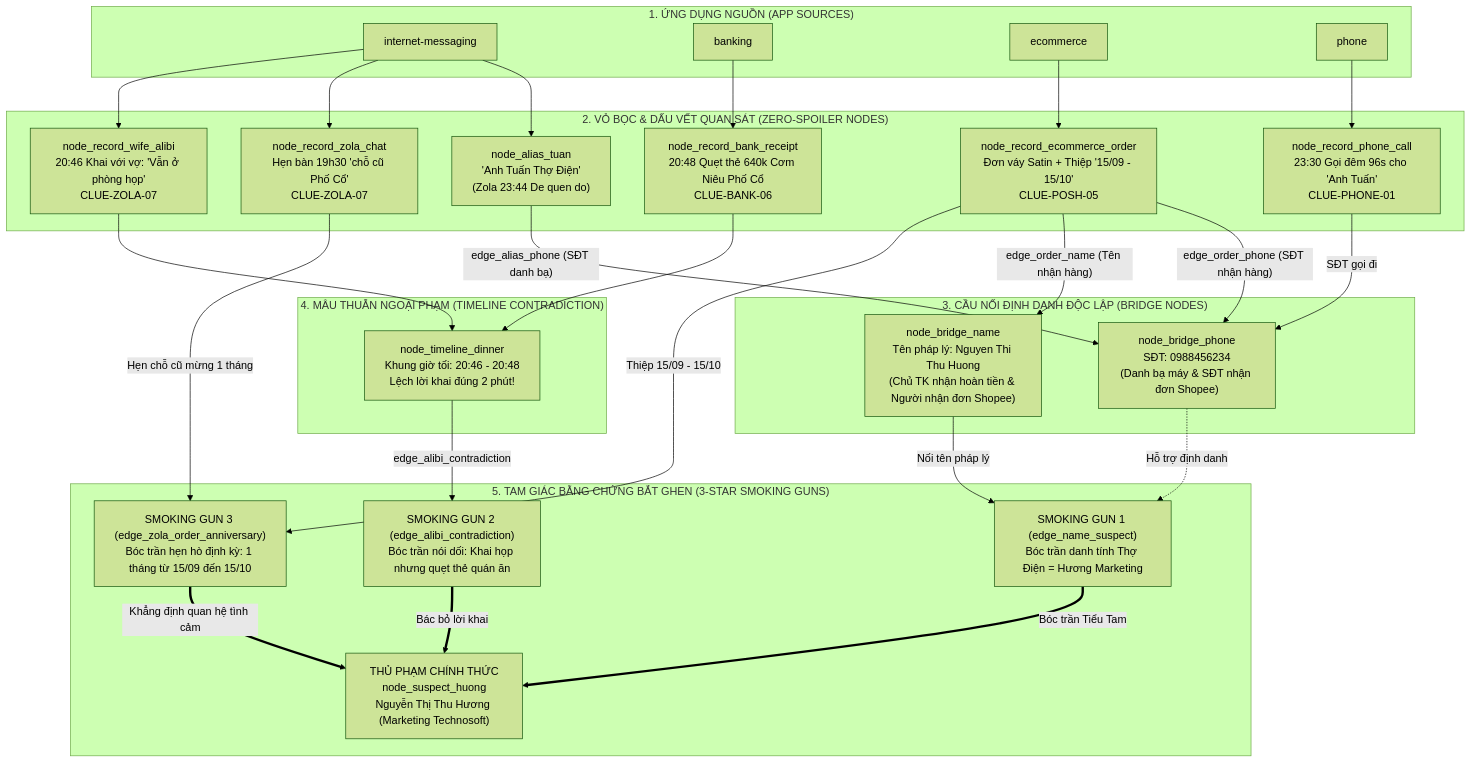
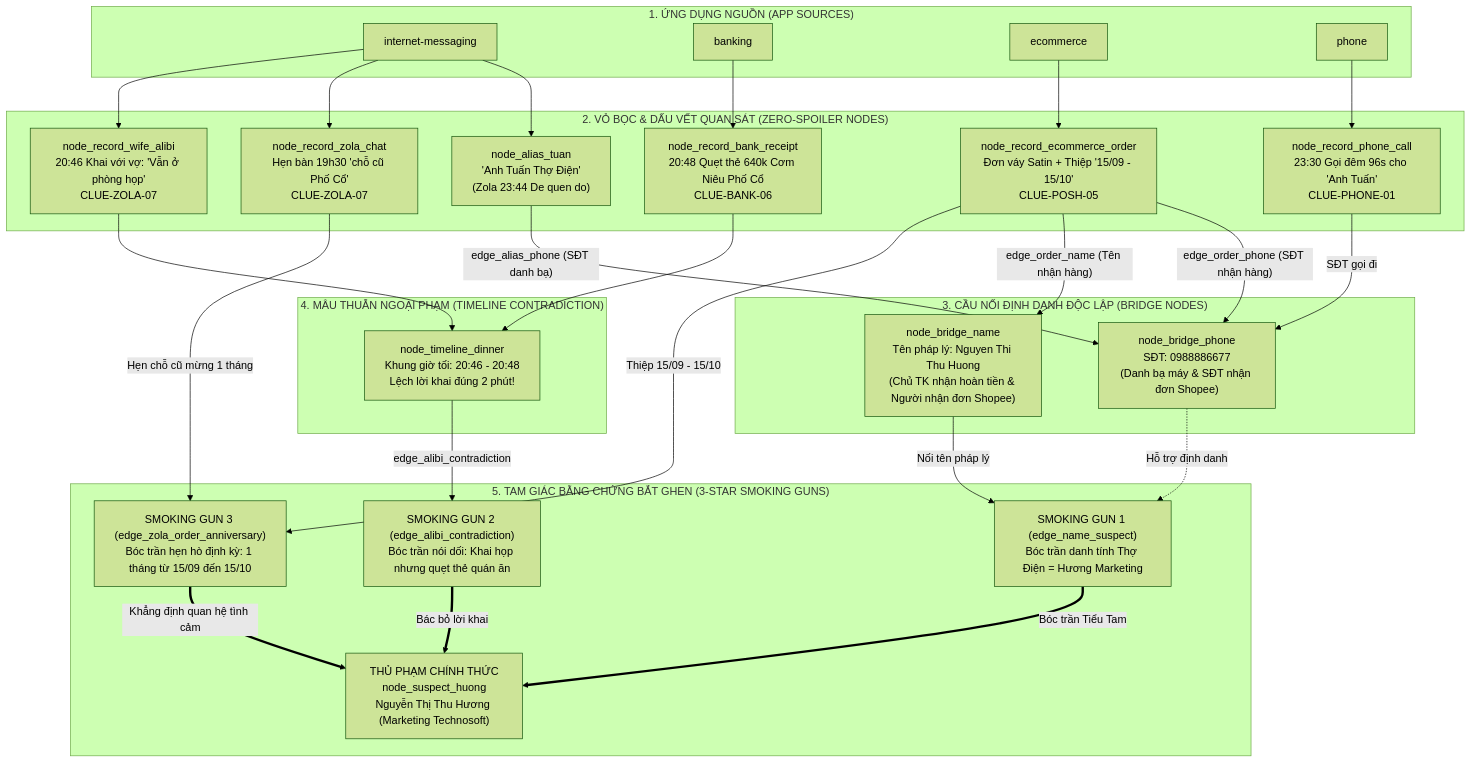
The second of 2 diagrams in .agent-artifacts/requirements/stories/husband-hoang/level-01.md (BruceNasher168/detective-wifey), drawn with Mermaid (forest theme) before and after one commit. The commit also changed other lines of this file and 117 other files, not shown here.

````diff
--- a/.agent-artifacts/requirements/stories/husband-hoang/level-01.md
+++ b/.agent-artifacts/requirements/stories/husband-hoang/level-01.md
@@ -193,64 +193,64 @@
 ```mermaid
 flowchart TD
   subgraph APPS ["1. ỨNG DỤNG NGUỒN (APP SOURCES)"]
     App_Zola["internet-messaging"]
     App_Bank["banking"]
     App_Shop["ecommerce"]
     App_Phone["phone"]
   end
 
   subgraph INITIAL_CLUES ["2. VỎ BỌC & DẤU VẾT QUAN SÁT (ZERO-SPOILER NODES)"]
     Alias_Tuan["node_alias_tuan<br/>'Anh Tuấn Thợ Điện'<br/>(Zola 23:44 De quen do)"]
     Record_ZolaChat["node_record_zola_chat<br/>Hẹn bàn 19h30 'chỗ cũ Phố Cổ'<br/>CLUE-ZOLA-07"]
     Record_WifeAlibi["node_record_wife_alibi<br/>20:46 Khai với vợ: 'Vẫn ở phòng họp'<br/>CLUE-ZOLA-07"]
     Record_BankReceipt["node_record_bank_receipt<br/>20:48 Quẹt thẻ 640k Cơm Niêu Phố Cổ<br/>CLUE-BANK-06"]
     Record_ShopOrder["node_record_ecommerce_order<br/>Đơn váy Satin + Thiệp '15/09 - 15/10'<br/>CLUE-POSH-05"]
     Record_PhoneCall["node_record_phone_call<br/>23:30 Gọi đêm 96s cho 'Anh Tuấn'<br/>CLUE-PHONE-01"]
   end
 
   subgraph BRIDGES ["3. CẦU NỐI ĐỊNH DANH ĐỘC LẬP (BRIDGE NODES)"]
-    Bridge_Phone["node_bridge_phone<br/>SĐT: 0988456234<br/>(Danh bạ máy & SĐT nhận đơn Shopee)"]
+    Bridge_Phone["node_bridge_phone<br/>SĐT: 0988886677<br/>(Danh bạ máy & SĐT nhận đơn Shopee)"]
     Bridge_Name["node_bridge_name<br/>Tên pháp lý: Nguyen Thi Thu Huong<br/>(Chủ TK nhận hoàn tiền & Người nhận đơn Shopee)"]
   end
 
   subgraph TIMELINE_ALIBI ["4. MÂU THUẪN NGOẠI PHẠM (TIMELINE CONTRADICTION)"]
     Time_Dinner["node_timeline_dinner<br/>Khung giờ tối: 20:46 - 20:48<br/>Lệch lời khai đúng 2 phút!"]
   end
 
   subgraph SMOKING_GUNS ["5. TAM GIÁC BẰNG CHỨNG BẮT GHEN (3-STAR SMOKING GUNS)"]
     SG1["SMOKING GUN 1 (edge_name_suspect)<br/>Bóc trần danh tính Thợ Điện = Hương Marketing"]
     SG2["SMOKING GUN 2 (edge_alibi_contradiction)<br/>Bóc trần nói dối: Khai họp nhưng quẹt thẻ quán ăn"]
     SG3["SMOKING GUN 3 (edge_zola_order_anniversary)<br/>Bóc trần hẹn hò định kỳ: 1 tháng từ 15/09 đến 15/10"]
     Suspect_Huong["THỦ PHẠM CHÍNH THỨC<br/>node_suspect_huong<br/>Nguyễn Thị Thu Hương (Marketing Technosoft)"]
   end
 
   %% Mối nối từ App sang Bản ghi
   App_Zola --> Alias_Tuan
   App_Zola --> Record_ZolaChat
   App_Zola --> Record_WifeAlibi
   App_Bank --> Record_BankReceipt
   App_Shop --> Record_ShopOrder
   App_Phone --> Record_PhoneCall
 
   %% Mối nối Cầu nối Định danh
   Alias_Tuan -->|"edge_alias_phone (SĐT danh bạ)"| Bridge_Phone
   Record_PhoneCall -->|"SĐT gọi đi"| Bridge_Phone
   Record_ShopOrder -->|"edge_order_phone (SĐT nhận hàng)"| Bridge_Phone
   Record_ShopOrder -->|"edge_order_name (Tên nhận hàng)"| Bridge_Name
 
   %% Bóc trần danh tính
   Bridge_Name -->|"Nối tên pháp lý"| SG1
   Bridge_Phone -.->|"Hỗ trợ định danh"| SG1
   SG1 ==>|"Bóc trần Tiểu Tam"| Suspect_Huong
 
   %% Mâu thuẫn ngoại phạm
   Record_WifeAlibi --> Time_Dinner
   Record_BankReceipt --> Time_Dinner
   Time_Dinner -->|"edge_alibi_contradiction"| SG2
   SG2 ==>|"Bác bỏ lời khai"| Suspect_Huong
 
   %% Hẹn hò định kỳ & Quà tặng
   Record_ZolaChat -->|"Hẹn chỗ cũ mừng 1 tháng"| SG3
   Record_ShopOrder -->|"Thiệp 15/09 - 15/10"| SG3
   SG3 ==>|"Khẳng định quan hệ tình cảm"| Suspect_Huong
 ```
````
